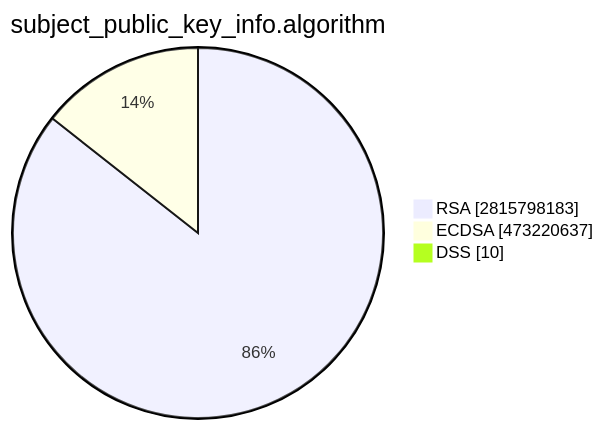
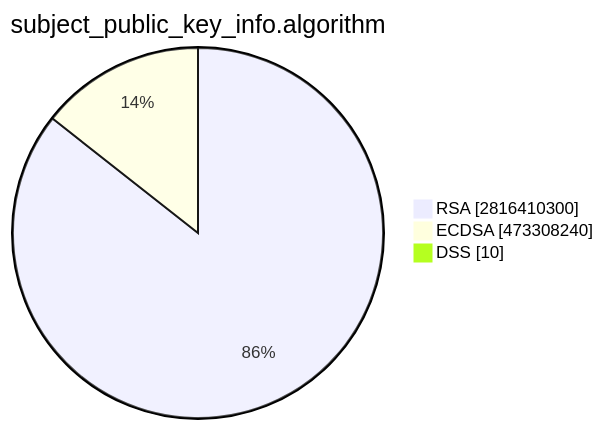
One commit to christiankrug/ctmonitor_visualization changed the second of 15 diagrams in TOTAL/README.md. Above: the diagram before and after it, drawn with Mermaid. The commit also changed other lines of this file, not shown here.

````diff
--- a/TOTAL/README.md
+++ b/TOTAL/README.md
@@ -6,7 +6,7 @@
 ```mermaid
 pie showData
 title subject_public_key_info.algorithm
-"RSA" :2815798183
-"ECDSA" :473220637
+"RSA" :2816410300
+"ECDSA" :473308240
 "DSS" :10
 ```
````
